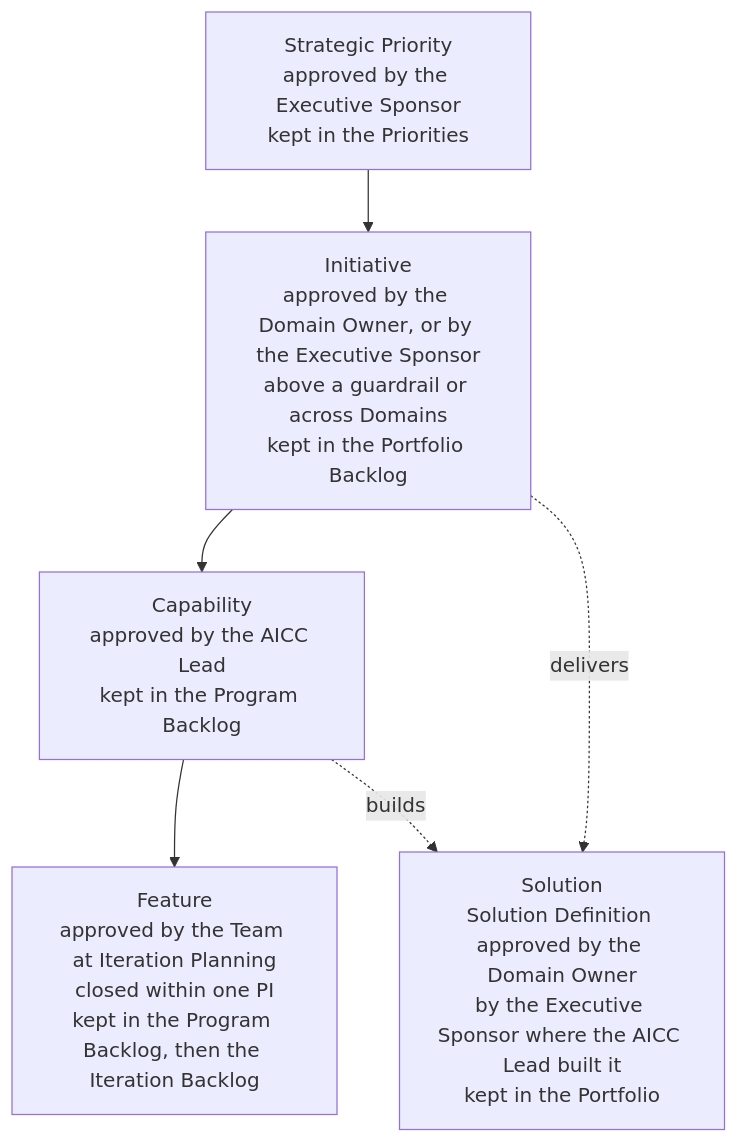
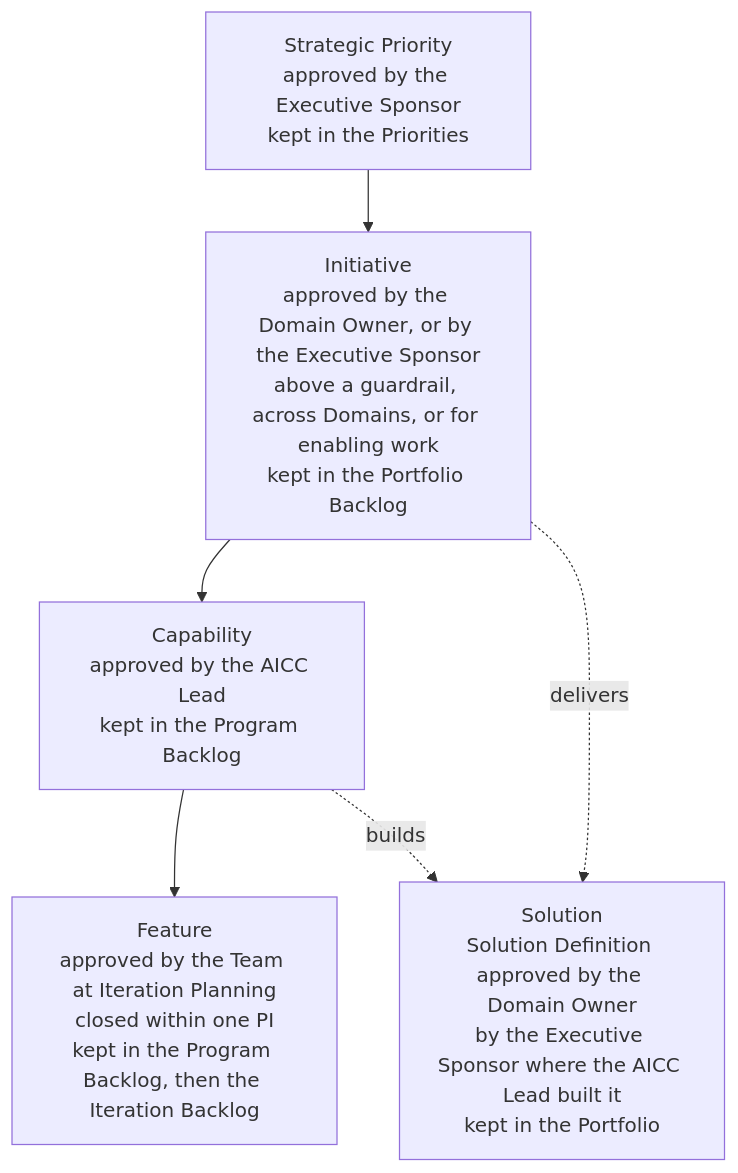
One commit to devhogu/ob-aicc changed the first of 5 diagrams in charter/guides/service-delivery-guide.md. Above: the diagram before and after it, drawn with Mermaid. The commit also changed other lines of this file and 200 other files, not shown here.

````diff
--- a/charter/guides/service-delivery-guide.md
+++ b/charter/guides/service-delivery-guide.md
@@ -11,13 +11,13 @@
 ```mermaid
 flowchart TB
   SP["Strategic Priority<br/>approved by the Executive Sponsor<br/>kept in the Priorities"]
-  INI["Initiative<br/>approved by the Domain Owner, or by the Executive Sponsor<br/>above a guardrail or across Domains<br/>kept in the Portfolio Backlog"]
+  INI["Initiative<br/>approved by the Domain Owner, or by the Executive Sponsor<br/>above a guardrail, across Domains, or for enabling work<br/>kept in the Portfolio Backlog"]
   CAP["Capability<br/>approved by the AICC Lead<br/>kept in the Program Backlog"]
   FT["Feature<br/>approved by the Team at Iteration Planning<br/>closed within one PI<br/>kept in the Program Backlog, then the Iteration Backlog"]
   SOL["Solution<br/>Solution Definition approved by the Domain Owner<br/>by the Executive Sponsor where the AICC Lead built it<br/>kept in the Portfolio"]
   SP --> INI
   INI --> CAP
   CAP --> FT
   INI -.->|"delivers"| SOL
   CAP -.->|"builds"| SOL
 ```
````
